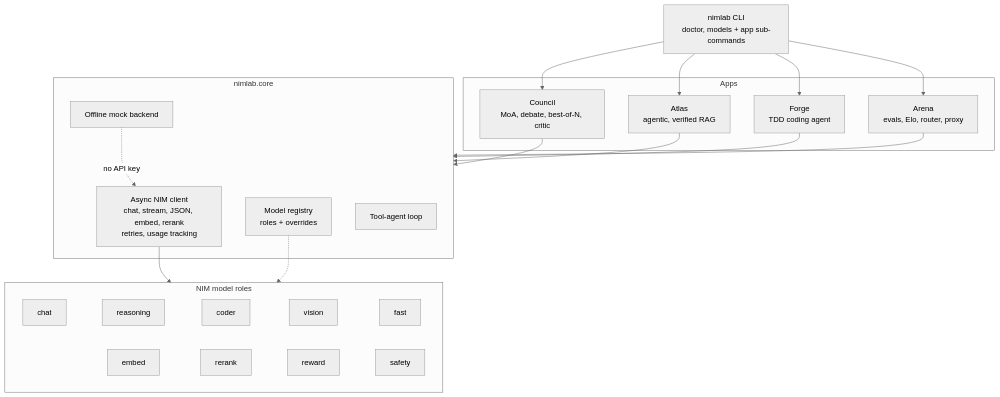
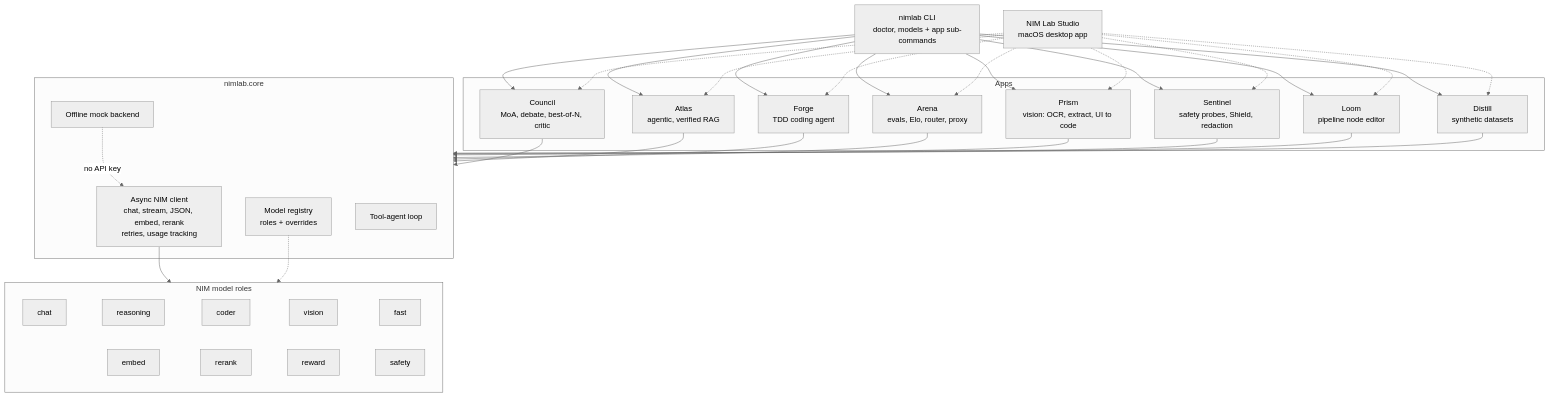
Before and after one commit to BumblebeeL300/Test-claude: the diagram in README.md, drawn with Mermaid (neutral theme). The commit also changed other lines of this file and 24 other files, not shown here.

First line of the commit message:
Release 0.2.0: Prism, Sentinel, Loom and Distill in NIM Lab Studio

````diff
--- a/README.md
+++ b/README.md
@@ -17,30 +18,35 @@
 ```mermaid
 flowchart TD
-    CLI["nimlab CLI<br/>doctor, models + app sub-commands"] --> Council & Atlas & Forge & Arena
+    CLI["nimlab CLI<br/>doctor, models + app sub-commands"] --> Council & Atlas & Forge & Arena & Prism & Sentinel & Loom & Distill
+    Studio["NIM Lab Studio<br/>macOS desktop app"] -.-> Council & Atlas & Forge & Arena & Prism & Sentinel & Loom & Distill
 
     subgraph Apps
         Council["Council<br/>MoA, debate, best-of-N, critic"]
         Atlas["Atlas<br/>agentic, verified RAG"]
         Forge["Forge<br/>TDD coding agent"]
         Arena["Arena<br/>evals, Elo, router, proxy"]
+        Prism["Prism<br/>vision: OCR, extract, UI to code"]
+        Sentinel["Sentinel<br/>safety probes, Shield, redaction"]
+        Loom["Loom<br/>pipeline node editor"]
+        Distill["Distill<br/>synthetic datasets"]
     end
 
-    Council & Atlas & Forge & Arena --> Core
+    Council & Atlas & Forge & Arena & Prism & Sentinel & Loom & Distill --> Core
 
     subgraph Core["nimlab.core"]
         Client["Async NIM client<br/>chat, stream, JSON, embed, rerank<br/>retries, usage tracking"]
         Registry["Model registry<br/>roles + overrides"]
         Tools["Tool-agent loop"]
         Mock["Offline mock backend"]
     end
 
     Client --> Roles
     Registry -.-> Roles
     Mock -.->|no API key| Client
 
     subgraph Roles["NIM model roles"]
         direction LR
         chat["chat"] ~~~ reasoning["reasoning"] ~~~ coder["coder"] ~~~ vision["vision"] ~~~ fast["fast"]
         embed["embed"] ~~~ rerank["rerank"] ~~~ reward["reward"] ~~~ safety["safety"]
     end
 ```
````
